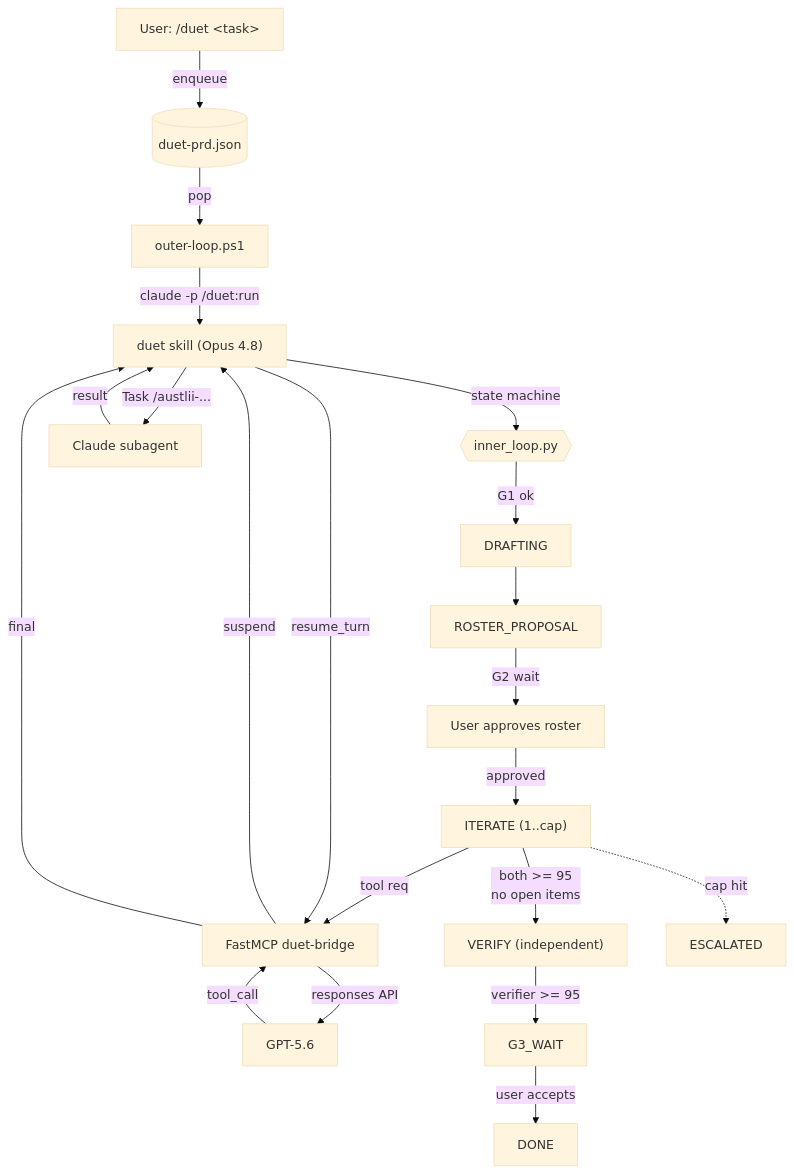
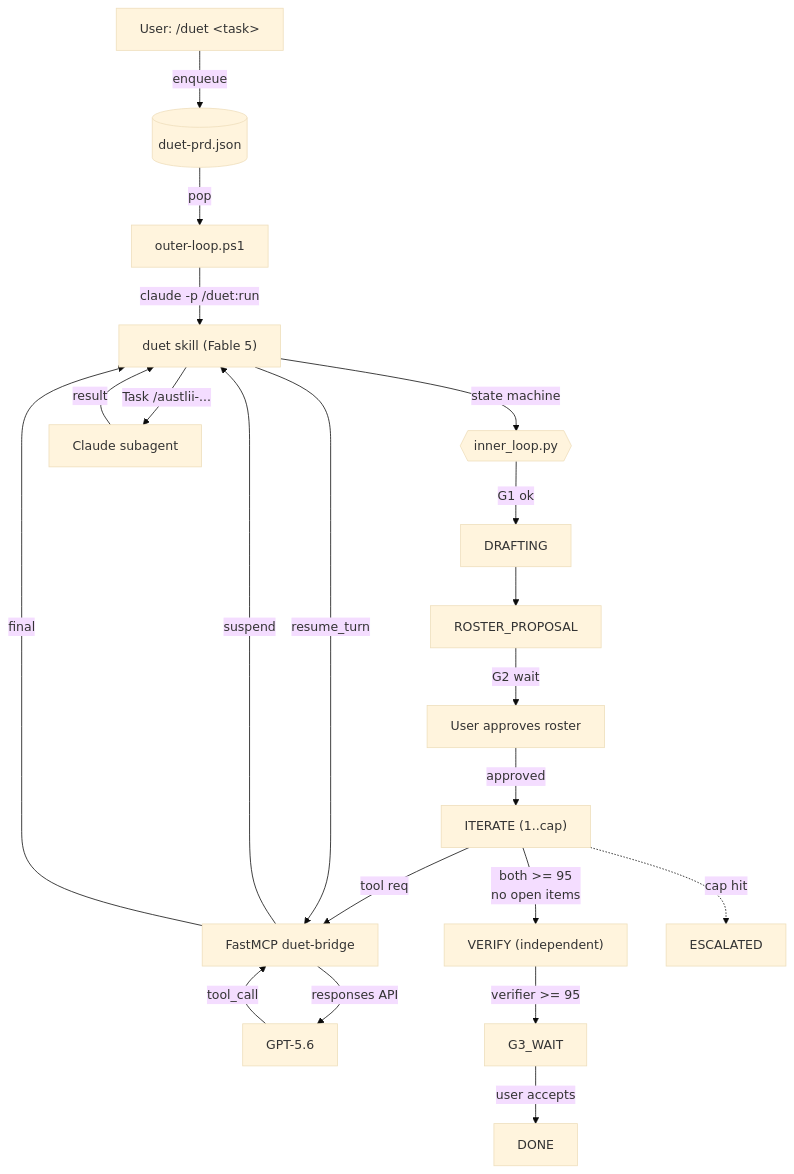
The diagram in README.md (acor8826/duet-build), drawn with Mermaid (base theme) before and after one commit. The commit also changed other lines of this file and 14 other files, not shown here.

First line of the commit message:
Prefer Claude Fable 5 for the duet Claude role (#3)

````diff
--- a/README.md
+++ b/README.md
@@ -24,23 +24,23 @@
 ```mermaid
 flowchart TB
     user["User: /duet &lt;task&gt;"] -->|enqueue| prd[("duet-prd.json")]
     prd -->|pop| outer["outer-loop.ps1"]
-    outer -->|claude -p /duet:run| skill["duet skill (Opus 4.8)"]
+    outer -->|claude -p /duet:run| skill["duet skill (Fable 5)"]
     skill -->|state machine| sm{{"inner_loop.py"}}
     sm -->|G1 ok| draft["DRAFTING"]
     draft --> roster["ROSTER_PROPOSAL"]
     roster -->|G2 wait| user2["User approves roster"]
     user2 -->|approved| iter["ITERATE (1..cap)"]
     iter -->|tool req| bridge["FastMCP duet-bridge"]
     bridge -->|responses API| gpt["GPT-5.6"]
     gpt -->|tool_call| bridge
     bridge -->|suspend| skill
     skill -->|Task /austlii-...| sub["Claude subagent"]
     sub -->|result| skill
     skill -->|resume_turn| bridge
     bridge -->|final| skill
     iter -->|both >= 95<br/>no open items| verify["VERIFY (independent)"]
     verify -->|verifier >= 95| g3["G3_WAIT"]
     g3 -->|user accepts| done["DONE"]
     iter -.->|cap hit| escal["ESCALATED"]
 ```
````
